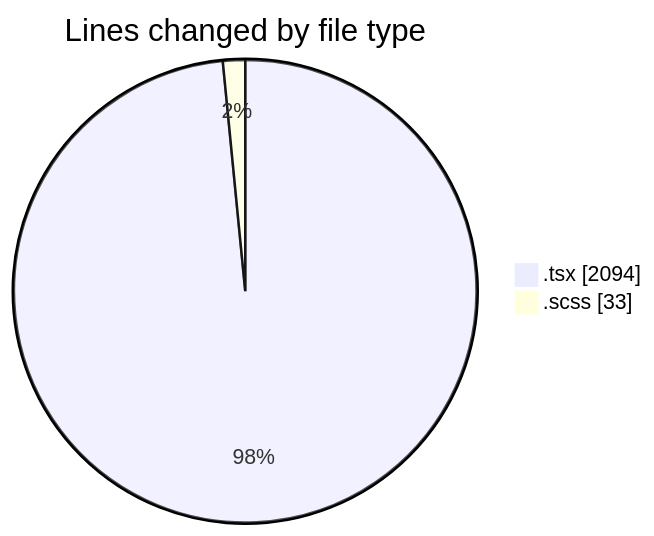
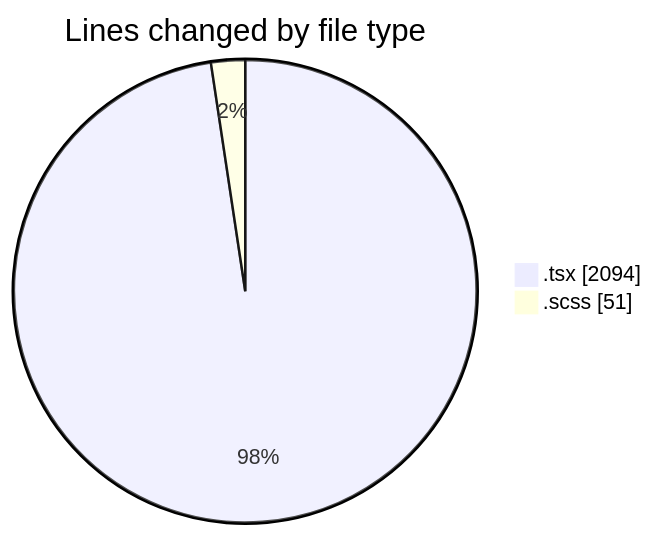
One commit to momahboobian/code-tracking changed the first of 2 diagrams in 2026-10-20/cda/README.md. Above: the diagram before and after it, drawn with Mermaid. The commit also changed other lines of this file and 1 other file, not shown here.

````diff
--- a/2026-10-20/cda/README.md
+++ b/2026-10-20/cda/README.md
@@ -26,6 +27,6 @@
 ```mermaid
 pie showData
 title Lines changed by file type
 ".tsx" : 2094
-".scss" : 33
+".scss" : 51
 ```
````
